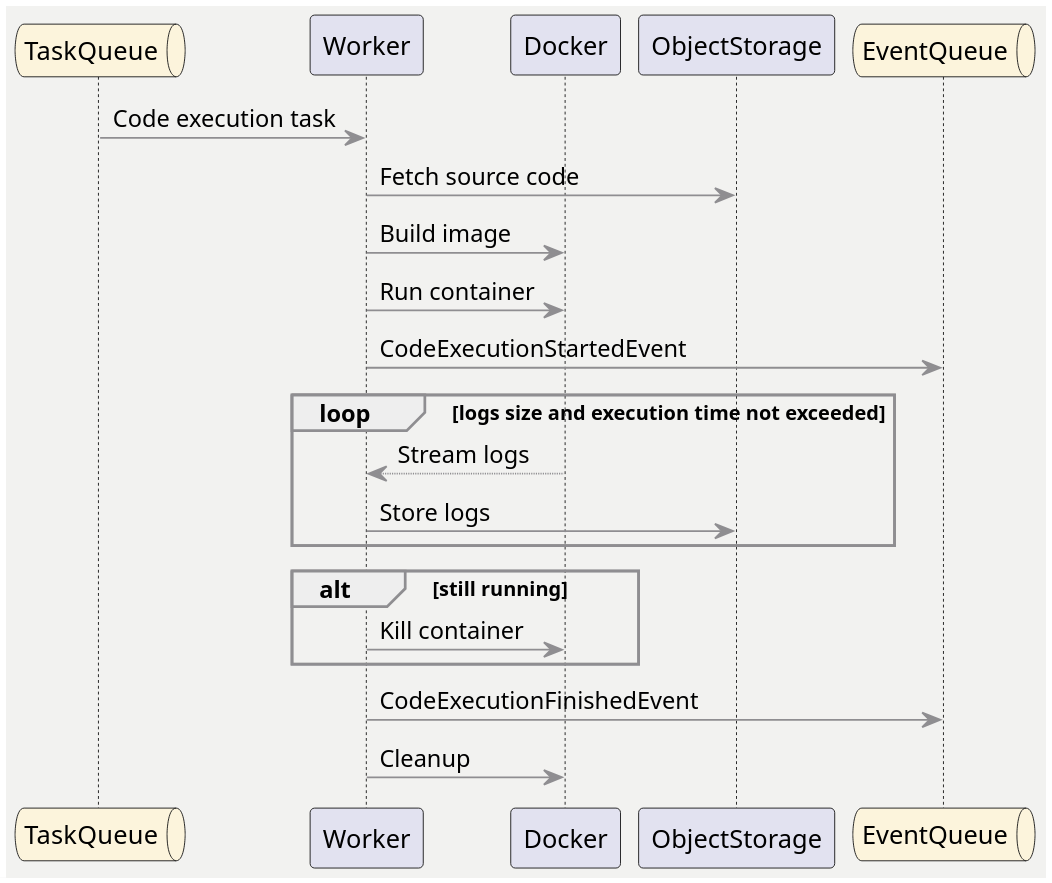
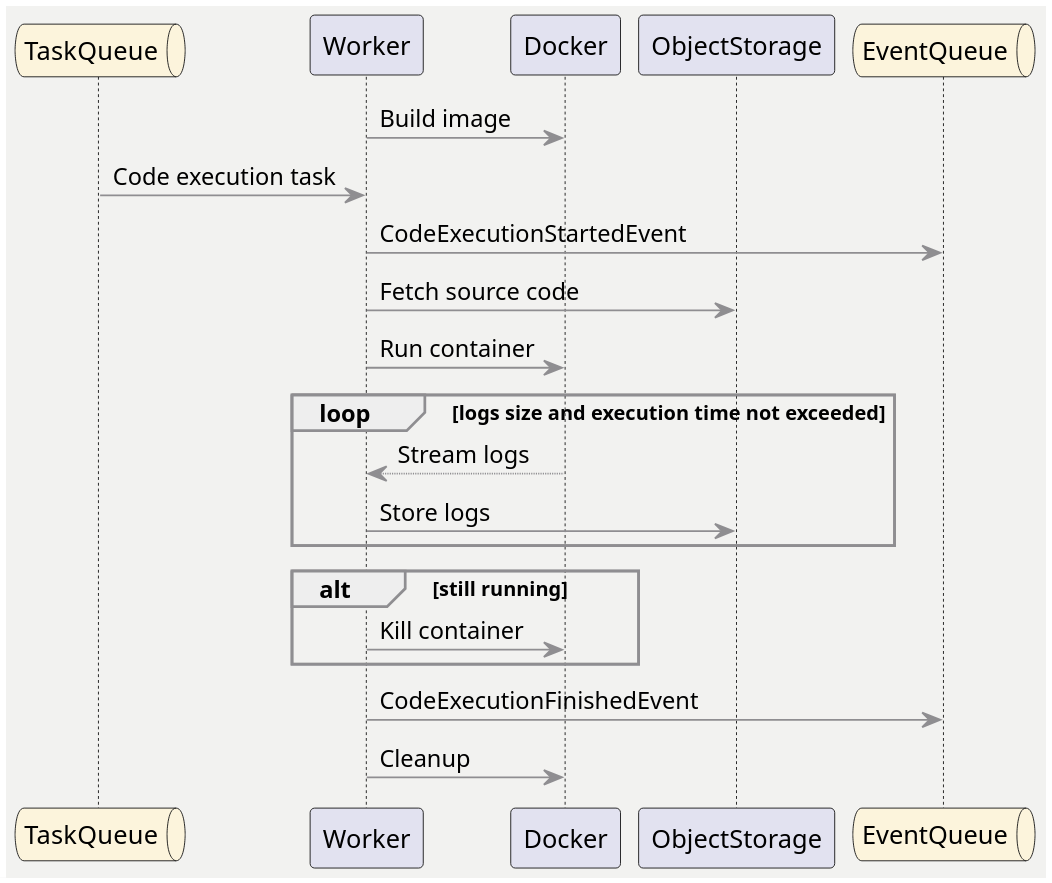
One commit to pasha-krizsky/CES changed the diagram in design/uml/worker_lifecycle.puml. Above: the diagram before and after it, drawn with PlantUML. The commit also changed other lines of this file and 5 other files, not shown here.

```diff
--- a/design/uml/worker_lifecycle.puml
+++ b/design/uml/worker_lifecycle.puml
@@ -1,43 +1,43 @@
 @startuml
 
 skinparam dpi 300
 
 skinparam {
     BackgroundColor          #f2f2f0
     BorderColor              #8f8e91
     SequenceGroupBorderColor #8f8e91
     GroupBorderColor         #8f8e91
     PackageBorderColor       #8f8e91
     ArrowColor               #8f8e91
     PackageFontColor         #424242
 }
 
 skinparam queue {
     BackgroundColor #fcf4dc
 }
 
 queue       TaskQueue     as TaskQueue
 participant Worker        as Worker
 participant Docker        as Docker
 participant ObjectStorage as ObjectStorage
 queue       EventQueue    as EventQueue
 
+Worker -> Docker : Build image
 TaskQueue -> Worker : Code execution task
+Worker -> EventQueue : CodeExecutionStartedEvent
 Worker -> ObjectStorage : Fetch source code
-Worker -> Docker : Build image
 Worker -> Docker : Run container
-Worker -> EventQueue : CodeExecutionStartedEvent
 loop logs size and execution time not exceeded
     Worker <-- Docker : Stream logs
     Worker -> ObjectStorage : Store logs
 end
 
 alt still running
     Worker -> Docker : Kill container
 end
 
 Worker -> EventQueue : CodeExecutionFinishedEvent
 
 Worker -> Docker : Cleanup
 
 @enduml
```
